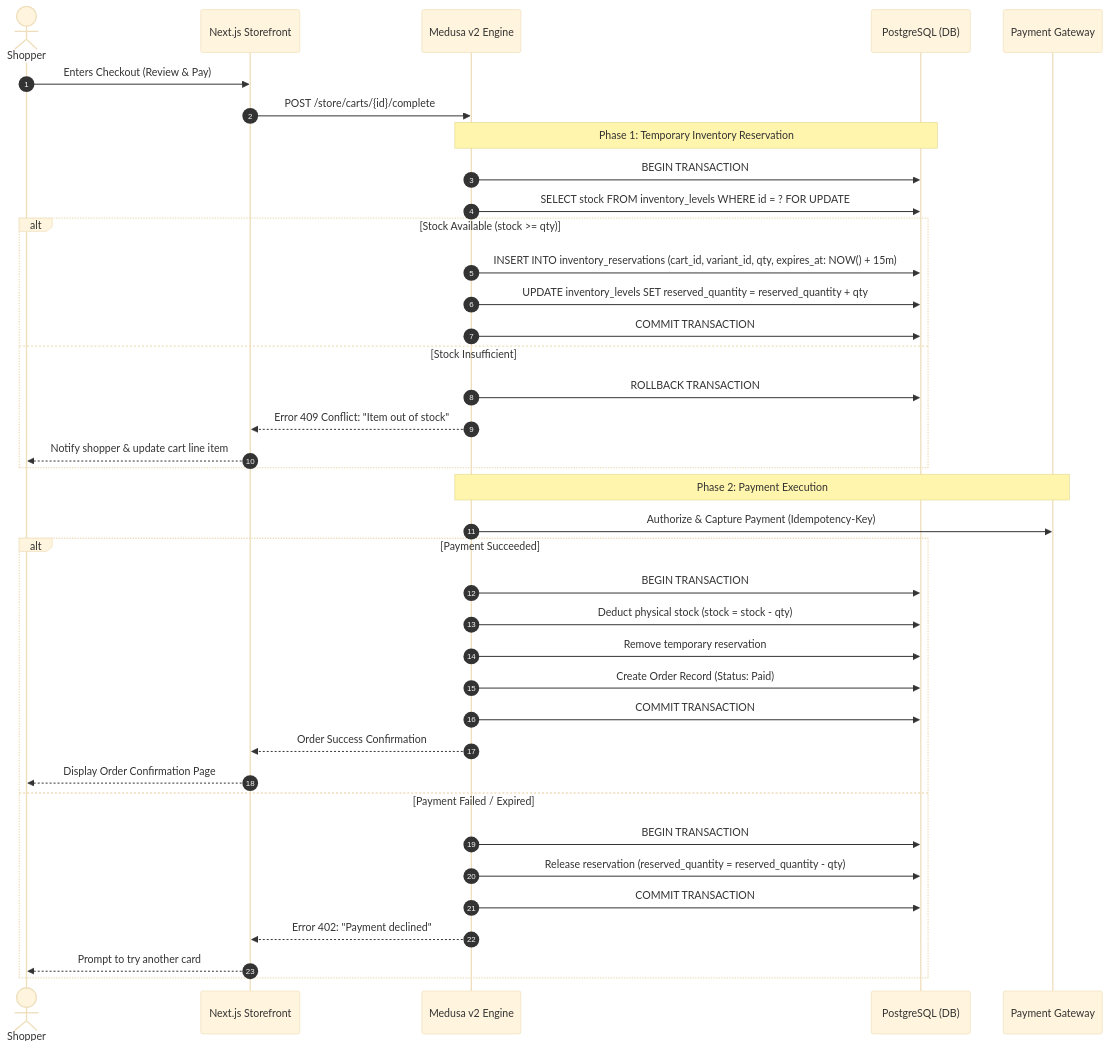
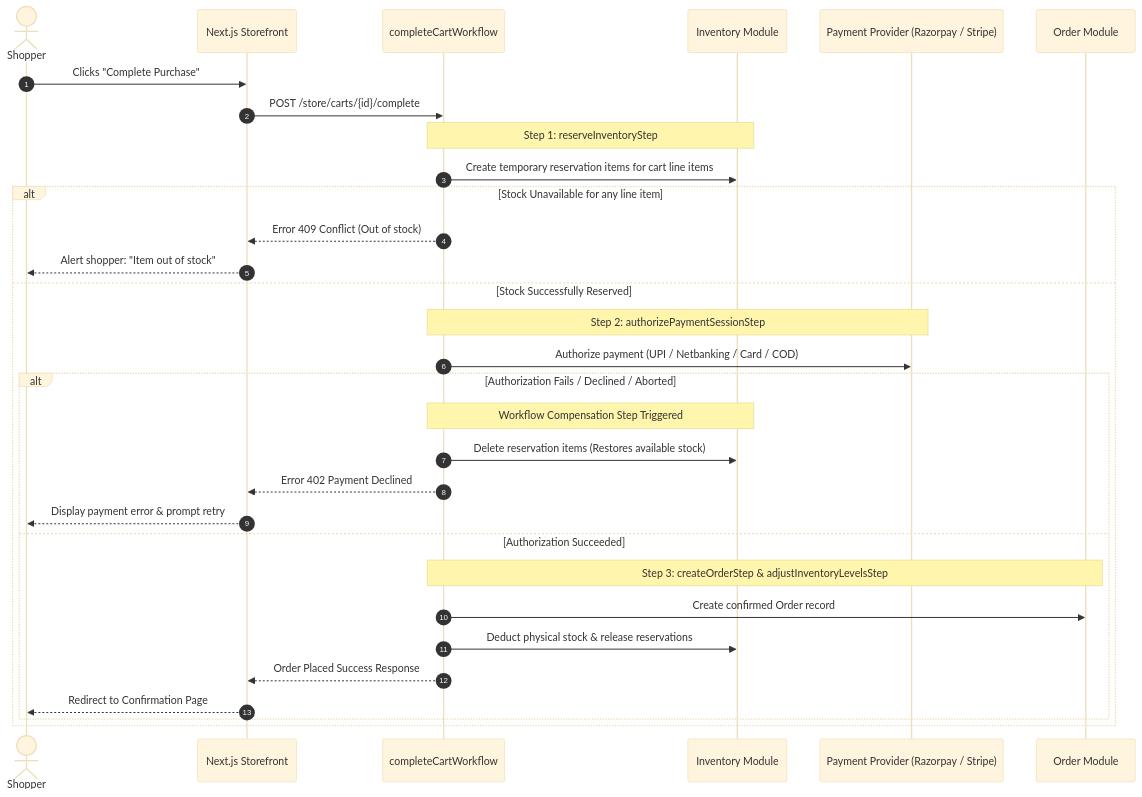
The second of 3 diagrams in docs/COMMERCE_WORKFLOWS.md (Ajuworks96/theecombuddy), drawn with Mermaid (base theme) before and after one commit. The commit also changed other lines of this file and 9 other files, not shown here.

Commit message:
fix(docs): incorporate step-01 architecture corrections across all specifications

````diff
--- a/docs/COMMERCE_WORKFLOWS.md
+++ b/docs/COMMERCE_WORKFLOWS.md
@@ -49,42 +48,35 @@
 ```mermaid
 sequenceDiagram
     autonumber
     actor Shopper as Shopper
     participant Storefront as Next.js Storefront
-    participant Backend as Medusa v2 Engine
-    participant DB as PostgreSQL (DB)
-    participant Stripe as Payment Gateway
+    participant MedusaWorkflow as completeCartWorkflow
+    participant InventoryMod as Inventory Module
+    participant PaymentMod as Payment Provider (Razorpay / Stripe)
+    participant OrderMod as Order Module
 
-    Shopper->>Storefront: Enters Checkout (Review & Pay)
-    Storefront->>Backend: POST /store/carts/{id}/complete
-    Note over Backend,DB: Phase 1: Temporary Inventory Reservation
-    Backend->>DB: BEGIN TRANSACTION
-    Backend->>DB: SELECT stock FROM inventory_levels WHERE id = ? FOR UPDATE
-    alt Stock Available (stock >= qty)
-        Backend->>DB: INSERT INTO inventory_reservations (cart_id, variant_id, qty, expires_at: NOW() + 15m)
-        Backend->>DB: UPDATE inventory_levels SET reserved_quantity = reserved_quantity + qty
-        Backend->>DB: COMMIT TRANSACTION
-    else Stock Insufficient
-        Backend->>DB: ROLLBACK TRANSACTION
-        Backend-->>Storefront: Error 409 Conflict: "Item out of stock"
-        Storefront-->>Shopper: Notify shopper & update cart line item
-    end
+    Shopper->>Storefront: Clicks "Complete Purchase"
+    Storefront->>MedusaWorkflow: POST /store/carts/{id}/complete
 
-    Note over Backend,Stripe: Phase 2: Payment Execution
-    Backend->>Stripe: Authorize & Capture Payment (Idempotency-Key)
-    alt Payment Succeeded
-        Backend->>DB: BEGIN TRANSACTION
-        Backend->>DB: Deduct physical stock (stock = stock - qty)
-        Backend->>DB: Remove temporary reservation
-        Backend->>DB: Create Order Record (Status: Paid)
-        Backend->>DB: COMMIT TRANSACTION
-        Backend-->>Storefront: Order Success Confirmation
-        Storefront-->>Shopper: Display Order Confirmation Page
-    else Payment Failed / Expired
-        Backend->>DB: BEGIN TRANSACTION
-        Backend->>DB: Release reservation (reserved_quantity = reserved_quantity - qty)
-        Backend->>DB: COMMIT TRANSACTION
-        Backend-->>Storefront: Error 402: "Payment declined"
-        Storefront-->>Shopper: Prompt to try another card
+    Note over MedusaWorkflow,InventoryMod: Step 1: reserveInventoryStep
+    MedusaWorkflow->>InventoryMod: Create temporary reservation items for cart line items
+    alt Stock Unavailable for any line item
+        MedusaWorkflow-->>Storefront: Error 409 Conflict (Out of stock)
+        Storefront-->>Shopper: Alert shopper: "Item out of stock"
+    else Stock Successfully Reserved
+        Note over MedusaWorkflow,PaymentMod: Step 2: authorizePaymentSessionStep
+        MedusaWorkflow->>PaymentMod: Authorize payment (UPI / Netbanking / Card / COD)
+        alt Authorization Fails / Declined / Aborted
+            Note over MedusaWorkflow,InventoryMod: Workflow Compensation Step Triggered
+            MedusaWorkflow->>InventoryMod: Delete reservation items (Restores available stock)
+            MedusaWorkflow-->>Storefront: Error 402 Payment Declined
+            Storefront-->>Shopper: Display payment error & prompt retry
+        else Authorization Succeeded
+            Note over MedusaWorkflow,OrderMod: Step 3: createOrderStep & adjustInventoryLevelsStep
+            MedusaWorkflow->>OrderMod: Create confirmed Order record
+            MedusaWorkflow->>InventoryMod: Deduct physical stock & release reservations
+            MedusaWorkflow-->>Storefront: Order Placed Success Response
+            Storefront-->>Shopper: Redirect to Confirmation Page
+        end
     end
 ```
````
